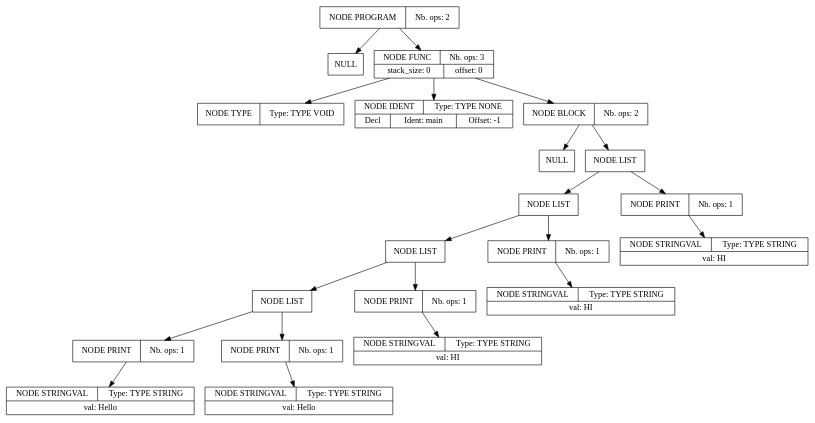
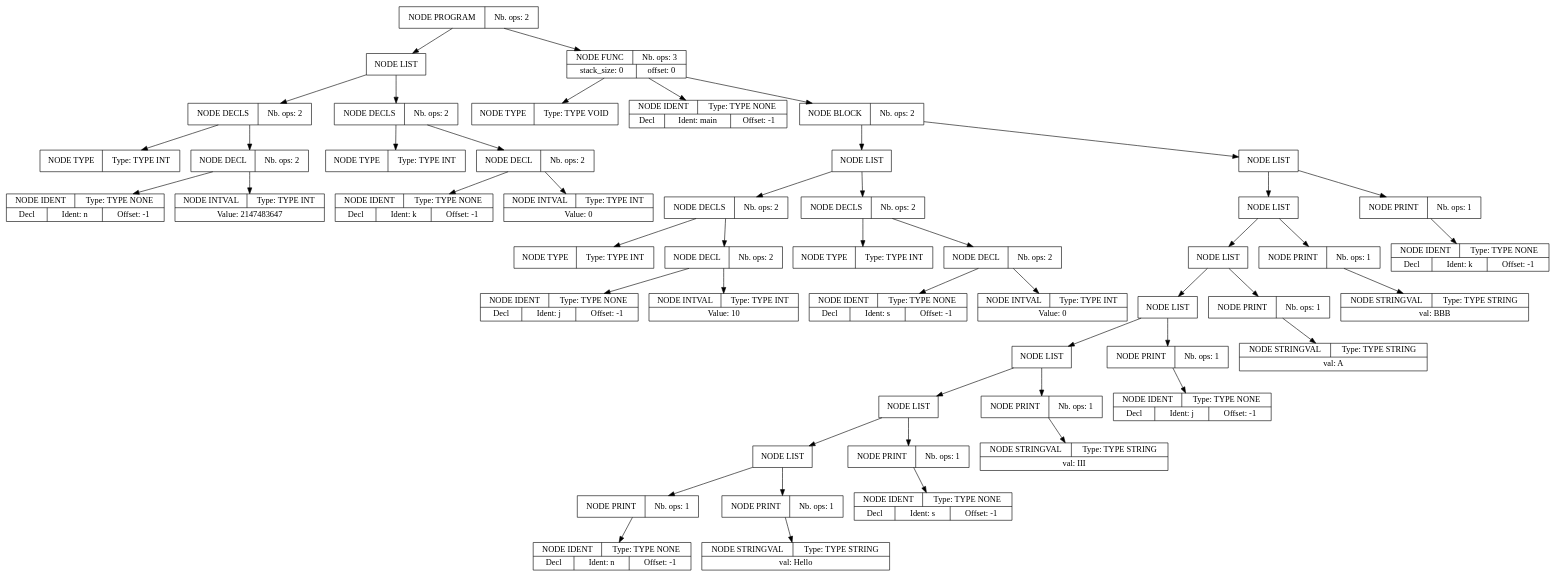
The diagram in projet_compilation_src/tools/apres_syntaxe.dot (Serial-DeV/Compilation), drawn with Graphviz before and after one commit. The commit also changed 15 other files, not shown here.

```diff
--- a/projet_compilation_src/tools/apres_syntaxe.dot
+++ b/projet_compilation_src/tools/apres_syntaxe.dot
@@ -1,63 +1,150 @@
 digraph global_vars {
     N1 [shape=record, label="{{NODE PROGRAM|Nb. ops: 2}}"];
-    N2 [shape=record, label="{{NULL}}"];
+    N2 [shape=record, label="{{NODE LIST}}"];
+    N3 [shape=record, label="{{NODE DECLS|Nb. ops: 2}}"];
+    N4 [shape=record, label="{{NODE TYPE|Type: TYPE INT}}"];
+    edge[tailclip=true];
+    N3 -> N4
+    N5 [shape=record, label="{{NODE DECL|Nb. ops: 2}}"];
+    N6 [shape=record, label="{{NODE IDENT|Type: TYPE NONE}|{<decl>Decl      |Ident: n|Offset: -1}}"];
+    edge[tailclip=true];
+    N5 -> N6
+    N7 [shape=record, label="{{NODE INTVAL|Type: TYPE INT}|{Value: 2147483647}}"];
+    edge[tailclip=true];
+    N5 -> N7
+    edge[tailclip=true];
+    N3 -> N5
+    edge[tailclip=true];
+    N2 -> N3
+    N8 [shape=record, label="{{NODE DECLS|Nb. ops: 2}}"];
+    N9 [shape=record, label="{{NODE TYPE|Type: TYPE INT}}"];
+    edge[tailclip=true];
+    N8 -> N9
+    N10 [shape=record, label="{{NODE DECL|Nb. ops: 2}}"];
+    N11 [shape=record, label="{{NODE IDENT|Type: TYPE NONE}|{<decl>Decl      |Ident: k|Offset: -1}}"];
+    edge[tailclip=true];
+    N10 -> N11
+    N12 [shape=record, label="{{NODE INTVAL|Type: TYPE INT}|{Value: 0}}"];
+    edge[tailclip=true];
+    N10 -> N12
+    edge[tailclip=true];
+    N8 -> N10
+    edge[tailclip=true];
+    N2 -> N8
     edge[tailclip=true];
     N1 -> N2
-    N3 [shape=record, label="{{NODE FUNC|Nb. ops: 3}|{stack_size: 0|offset: 0}}"];
-    N4 [shape=record, label="{{NODE TYPE|Type: TYPE VOID}}"];
+    N13 [shape=record, label="{{NODE FUNC|Nb. ops: 3}|{stack_size: 0|offset: 0}}"];
+    N14 [shape=record, label="{{NODE TYPE|Type: TYPE VOID}}"];
     edge[tailclip=true];
-    N3 -> N4
-    N5 [shape=record, label="{{NODE IDENT|Type: TYPE NONE}|{<decl>Decl      |Ident: main|Offset: -1}}"];
+    N13 -> N14
+    N15 [shape=record, label="{{NODE IDENT|Type: TYPE NONE}|{<decl>Decl      |Ident: main|Offset: -1}}"];
     edge[tailclip=true];
-    N3 -> N5
-    N6 [shape=record, label="{{NODE BLOCK|Nb. ops: 2}}"];
-    N7 [shape=record, label="{{NULL}}"];
+    N13 -> N15
+    N16 [shape=record, label="{{NODE BLOCK|Nb. ops: 2}}"];
+    N17 [shape=record, label="{{NODE LIST}}"];
+    N18 [shape=record, label="{{NODE DECLS|Nb. ops: 2}}"];
+    N19 [shape=record, label="{{NODE TYPE|Type: TYPE INT}}"];
     edge[tailclip=true];
-    N6 -> N7
-    N8 [shape=record, label="{{NODE LIST}}"];
-    N9 [shape=record, label="{{NODE LIST}}"];
-    N10 [shape=record, label="{{NODE LIST}}"];
-    N11 [shape=record, label="{{NODE LIST}}"];
-    N12 [shape=record, label="{{NODE PRINT|Nb. ops: 1}}"];
-    N13 [shape=record, label="{{NODE STRINGVAL|Type: TYPE STRING}|{val: Hello}}"];
+    N18 -> N19
+    N20 [shape=record, label="{{NODE DECL|Nb. ops: 2}}"];
+    N21 [shape=record, label="{{NODE IDENT|Type: TYPE NONE}|{<decl>Decl      |Ident: j|Offset: -1}}"];
     edge[tailclip=true];
-    N12 -> N13
+    N20 -> N21
+    N22 [shape=record, label="{{NODE INTVAL|Type: TYPE INT}|{Value: 10}}"];
     edge[tailclip=true];
-    N11 -> N12
-    N14 [shape=record, label="{{NODE PRINT|Nb. ops: 1}}"];
-    N15 [shape=record, label="{{NODE STRINGVAL|Type: TYPE STRING}|{val: Hello}}"];
+    N20 -> N22
     edge[tailclip=true];
-    N14 -> N15
+    N18 -> N20
     edge[tailclip=true];
-    N11 -> N14
+    N17 -> N18
+    N23 [shape=record, label="{{NODE DECLS|Nb. ops: 2}}"];
+    N24 [shape=record, label="{{NODE TYPE|Type: TYPE INT}}"];
     edge[tailclip=true];
-    N10 -> N11
-    N16 [shape=record, label="{{NODE PRINT|Nb. ops: 1}}"];
-    N17 [shape=record, label="{{NODE STRINGVAL|Type: TYPE STRING}|{val: HI}}"];
+    N23 -> N24
+    N25 [shape=record, label="{{NODE DECL|Nb. ops: 2}}"];
+    N26 [shape=record, label="{{NODE IDENT|Type: TYPE NONE}|{<decl>Decl      |Ident: s|Offset: -1}}"];
+    edge[tailclip=true];
+    N25 -> N26
+    N27 [shape=record, label="{{NODE INTVAL|Type: TYPE INT}|{Value: 0}}"];
+    edge[tailclip=true];
+    N25 -> N27
+    edge[tailclip=true];
+    N23 -> N25
+    edge[tailclip=true];
+    N17 -> N23
     edge[tailclip=true];
     N16 -> N17
+    N28 [shape=record, label="{{NODE LIST}}"];
+    N29 [shape=record, label="{{NODE LIST}}"];
+    N30 [shape=record, label="{{NODE LIST}}"];
+    N31 [shape=record, label="{{NODE LIST}}"];
+    N32 [shape=record, label="{{NODE LIST}}"];
+    N33 [shape=record, label="{{NODE LIST}}"];
+    N34 [shape=record, label="{{NODE LIST}}"];
+    N35 [shape=record, label="{{NODE PRINT|Nb. ops: 1}}"];
+    N36 [shape=record, label="{{NODE IDENT|Type: TYPE NONE}|{<decl>Decl      |Ident: n|Offset: -1}}"];
     edge[tailclip=true];
-    N10 -> N16
+    N35 -> N36
     edge[tailclip=true];
-    N9 -> N10
-    N18 [shape=record, label="{{NODE PRINT|Nb. ops: 1}}"];
-    N19 [shape=record, label="{{NODE STRINGVAL|Type: TYPE STRING}|{val: HI}}"];
+    N34 -> N35
+    N37 [shape=record, label="{{NODE PRINT|Nb. ops: 1}}"];
+    N38 [shape=record, label="{{NODE STRINGVAL|Type: TYPE STRING}|{val: Hello\n}}"];
     edge[tailclip=true];
-    N18 -> N19
+    N37 -> N38
     edge[tailclip=true];
-    N9 -> N18
+    N34 -> N37
     edge[tailclip=true];
-    N8 -> N9
-    N20 [shape=record, label="{{NODE PRINT|Nb. ops: 1}}"];
-    N21 [shape=record, label="{{NODE STRINGVAL|Type: TYPE STRING}|{val: HI}}"];
+    N33 -> N34
+    N39 [shape=record, label="{{NODE PRINT|Nb. ops: 1}}"];
+    N40 [shape=record, label="{{NODE IDENT|Type: TYPE NONE}|{<decl>Decl      |Ident: s|Offset: -1}}"];
     edge[tailclip=true];
-    N20 -> N21
+    N39 -> N40
     edge[tailclip=true];
-    N8 -> N20
+    N33 -> N39
     edge[tailclip=true];
-    N6 -> N8
+    N32 -> N33
+    N41 [shape=record, label="{{NODE PRINT|Nb. ops: 1}}"];
+    N42 [shape=record, label="{{NODE STRINGVAL|Type: TYPE STRING}|{val: III\n}}"];
     edge[tailclip=true];
-    N3 -> N6
+    N41 -> N42
     edge[tailclip=true];
-    N1 -> N3
+    N32 -> N41
+    edge[tailclip=true];
+    N31 -> N32
+    N43 [shape=record, label="{{NODE PRINT|Nb. ops: 1}}"];
+    N44 [shape=record, label="{{NODE IDENT|Type: TYPE NONE}|{<decl>Decl      |Ident: j|Offset: -1}}"];
+    edge[tailclip=true];
+    N43 -> N44
+    edge[tailclip=true];
+    N31 -> N43
+    edge[tailclip=true];
+    N30 -> N31
+    N45 [shape=record, label="{{NODE PRINT|Nb. ops: 1}}"];
+    N46 [shape=record, label="{{NODE STRINGVAL|Type: TYPE STRING}|{val: A\n}}"];
+    edge[tailclip=true];
+    N45 -> N46
+    edge[tailclip=true];
+    N30 -> N45
+    edge[tailclip=true];
+    N29 -> N30
+    N47 [shape=record, label="{{NODE PRINT|Nb. ops: 1}}"];
+    N48 [shape=record, label="{{NODE STRINGVAL|Type: TYPE STRING}|{val: BBB}}"];
+    edge[tailclip=true];
+    N47 -> N48
+    edge[tailclip=true];
+    N29 -> N47
+    edge[tailclip=true];
+    N28 -> N29
+    N49 [shape=record, label="{{NODE PRINT|Nb. ops: 1}}"];
+    N50 [shape=record, label="{{NODE IDENT|Type: TYPE NONE}|{<decl>Decl      |Ident: k|Offset: -1}}"];
+    edge[tailclip=true];
+    N49 -> N50
+    edge[tailclip=true];
+    N28 -> N49
+    edge[tailclip=true];
+    N16 -> N28
+    edge[tailclip=true];
+    N13 -> N16
+    edge[tailclip=true];
+    N1 -> N13
 }
```
